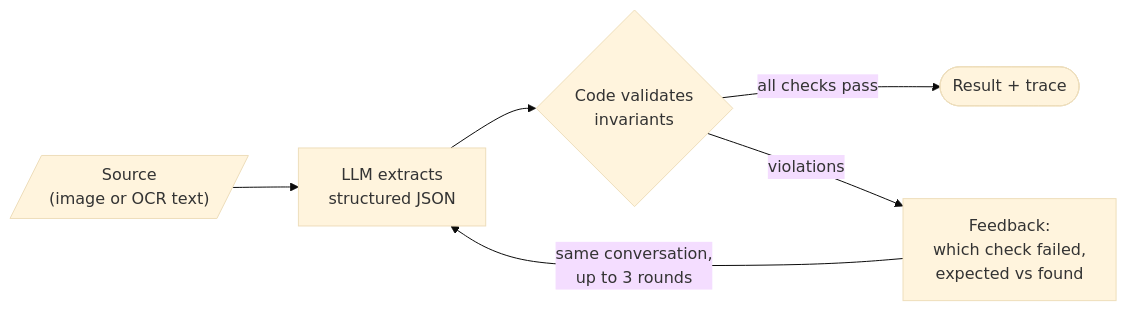
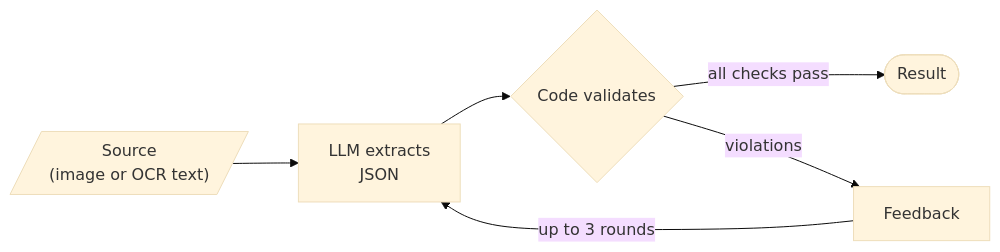
Before and after one commit to rafaellcoellho/llm-validation-loop: the diagram in README.md, drawn with Mermaid (base theme). The commit also changed other lines of this file and 3 other files, not shown here.

Commit message:
docs: simplify readme and drop outcomes chart

````diff
--- a/README.md
+++ b/README.md
@@ -22,8 +6,8 @@
 ```mermaid
 flowchart LR
-    S[/"Source<br>(image or OCR text)"/] --> E["LLM extracts<br>structured JSON"]
-    E --> V{"Code validates<br>invariants"}
-    V -- "all checks pass" --> R(["Result + trace"])
-    V -- "violations" --> F["Feedback:<br>which check failed,<br>expected vs found"]
-    F -- "same conversation,<br>up to 3 rounds" --> E
+    S[/"Source<br>(image or OCR text)"/] --> E["LLM extracts<br>JSON"]
+    E --> V{"Code validates"}
+    V -- "all checks pass" --> R(["Result"])
+    V -- "violations" --> F["Feedback"]
+    F -- "up to 3 rounds" --> E
 ```
````
